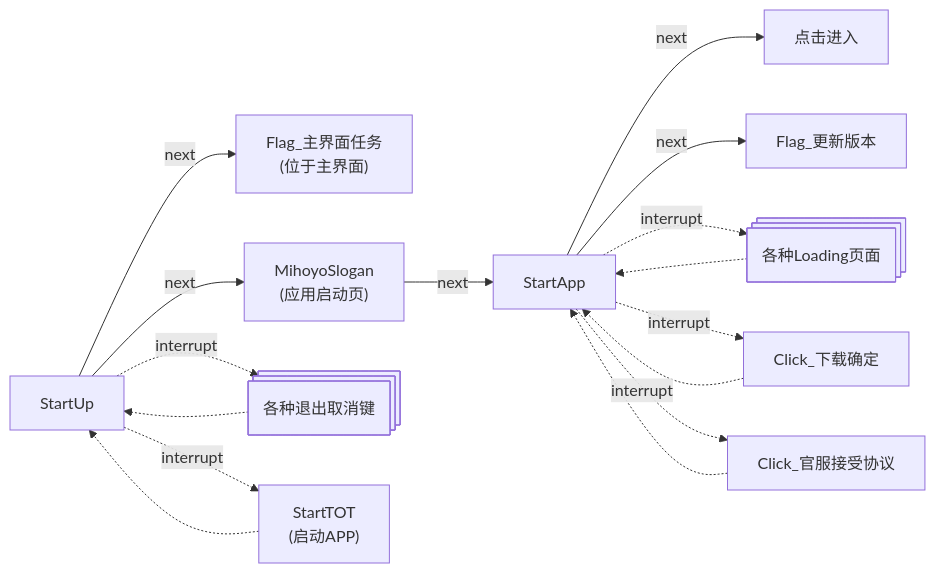
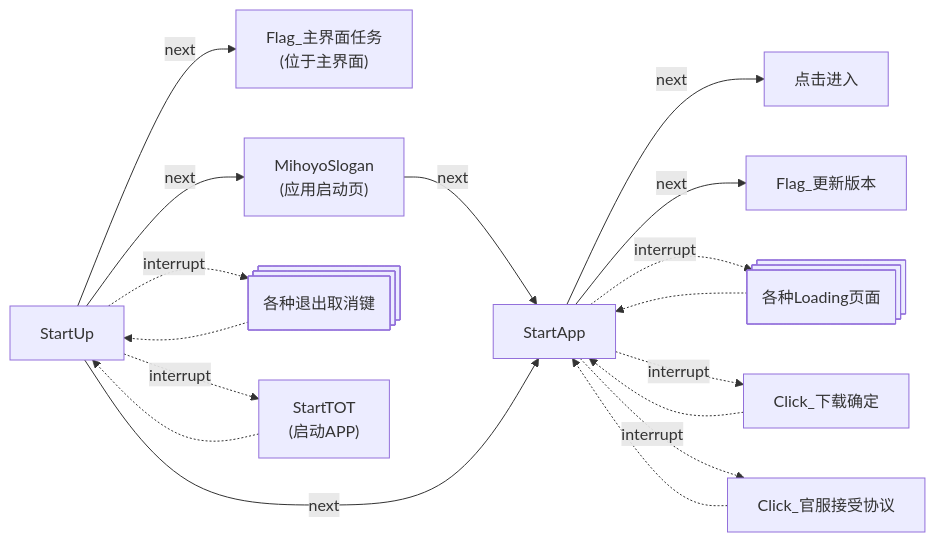
Before and after one commit to Coxwtwo/MaaTOT: the first of 23 diagrams in docs/zh_cn/develop/Pipeline说明.md, drawn with Mermaid.

Commit message:
docs：修改开发相关文档使文档与代码对齐。

````diff
--- a/docs/zh_cn/develop/Pipeline说明.md
+++ b/docs/zh_cn/develop/Pipeline说明.md
@@ -43,18 +43,20 @@
 ```mermaid
 flowchart LR
     n0["StartUp"] -->|next| n1["Flag_主界面任务<br>(位于主界面)"]
     n0 -->|next| n2["MihoyoSlogan<br>(应用启动页)"]
+    n2["MihoyoSlogan<br>(应用启动页)"] -->|next| n5["StartApp"]
+    n0 -->|next| n5
     n0 -.->|interrupt| n3@{ shape: processes, label: "各种退出取消键"}
     n3 -.-> n0
     n0 -.->|interrupt| n4["StartTOT<br>(启动APP)"]
     n4 -.-> n0
-    n2["MihoyoSlogan<br>(应用启动页)"] -->|next| n5["StartApp"]
+
     n5 -->|next| n6["点击进入"]
     n5 -->|next| n7["Flag_更新版本"]
     n5 -.->|interrupt| n8@{ shape: processes, label: "各种Loading页面"}
     n8 -.-> n5
     n5 -.->|interrupt| n9["Click_下载确定"]
     n9 -.-> n5
     n5 -.->|interrupt| n05["Click_官服接受协议"]
     n05 -.-> n5
 ```
````
